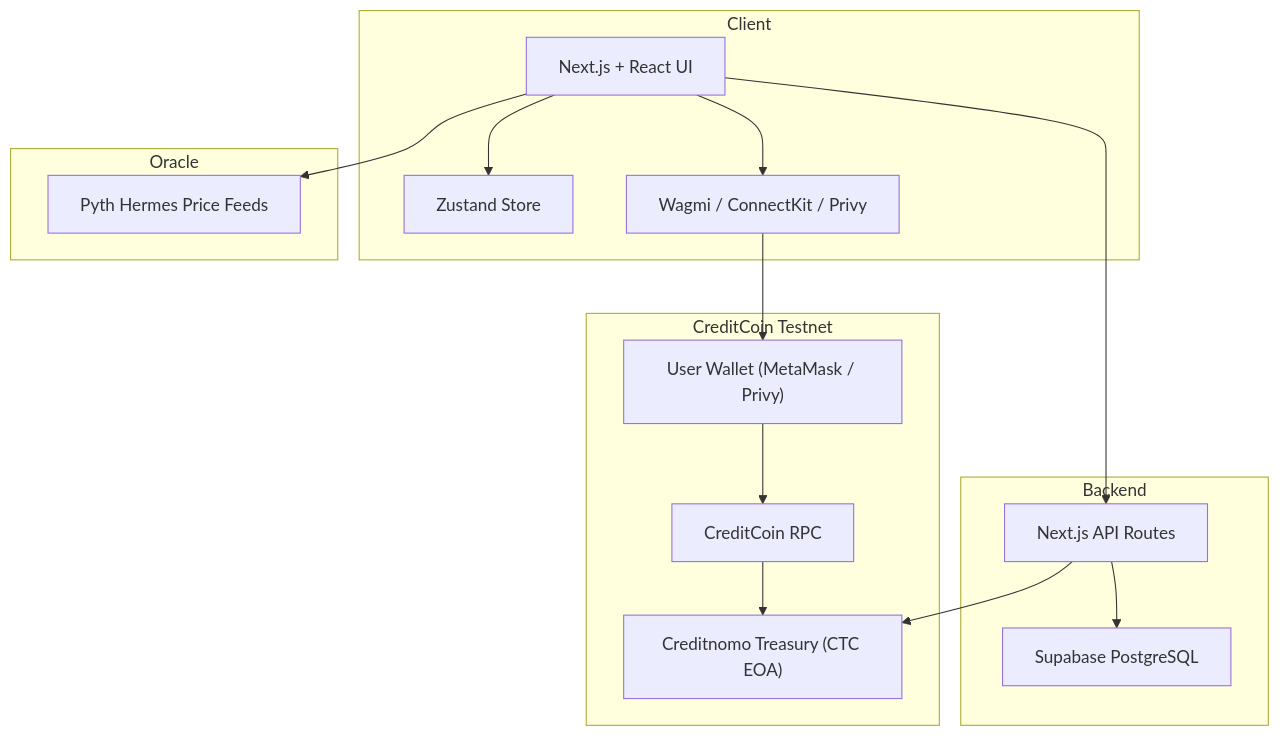
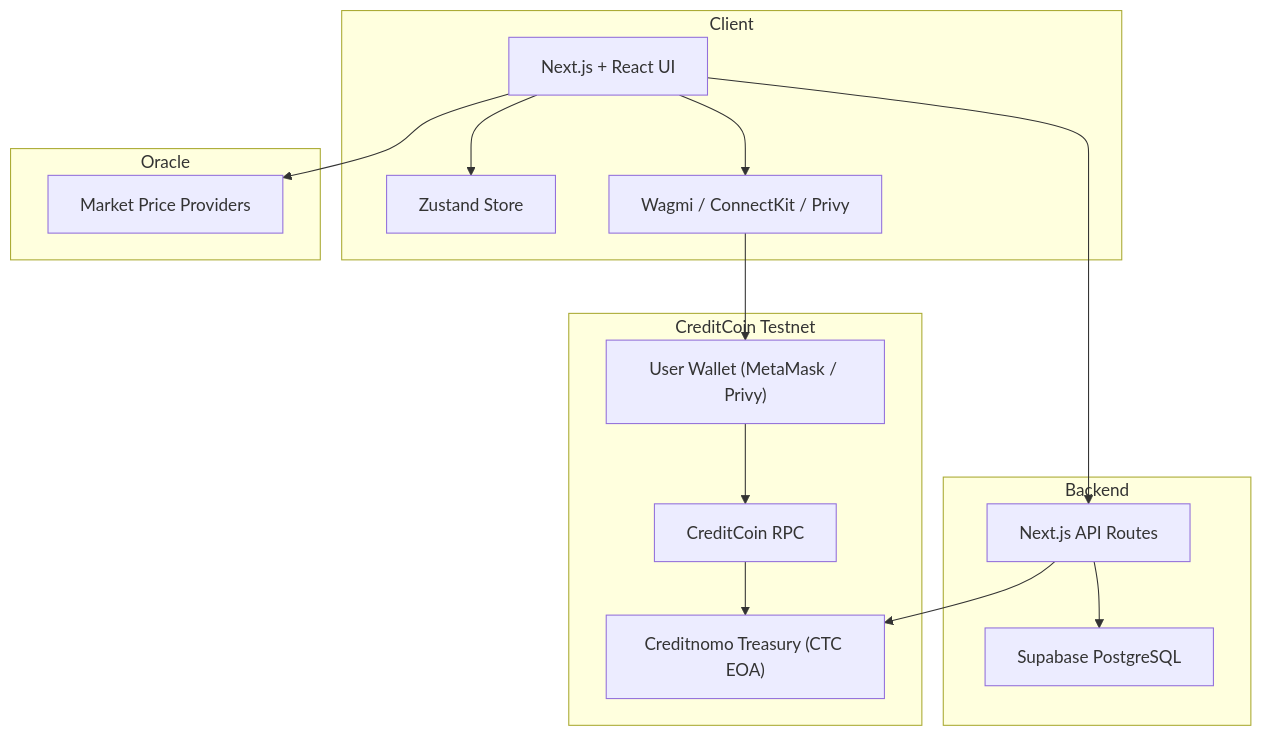
Before and after one commit to Amaan02/Creditnomo: the first of 2 diagrams in docs/TECHNICAL.md, drawn with Mermaid. The commit also changed other lines of this file and 36 other files, not shown here.

````diff
--- a/docs/TECHNICAL.md
+++ b/docs/TECHNICAL.md
@@ -20,33 +21,33 @@
 ```mermaid
 graph TB
     subgraph Client
         UI["Next.js + React UI"]
         Store["Zustand Store"]
         Wallets["Wagmi / ConnectKit / Privy"]
     end
 
     subgraph Oracle
-        Pyth["Pyth Hermes Price Feeds"]
+        Pyth["Market Price Providers"]
     end
 
     subgraph CTCChain["CreditCoin Testnet"]
         UserWallet["User Wallet (MetaMask / Privy)"]
         Treasury["Creditnomo Treasury (CTC EOA)"]
         CTCRPC["CreditCoin RPC"]
     end
 
     subgraph Backend
         API["Next.js API Routes"]
         DB["Supabase PostgreSQL"]
     end
 
     UI --> Store
     UI --> Wallets
     Wallets --> UserWallet
     UserWallet --> CTCRPC
     CTCRPC --> Treasury
     UI --> Pyth
     UI --> API
     API --> DB
     API --> Treasury
 ```
````
